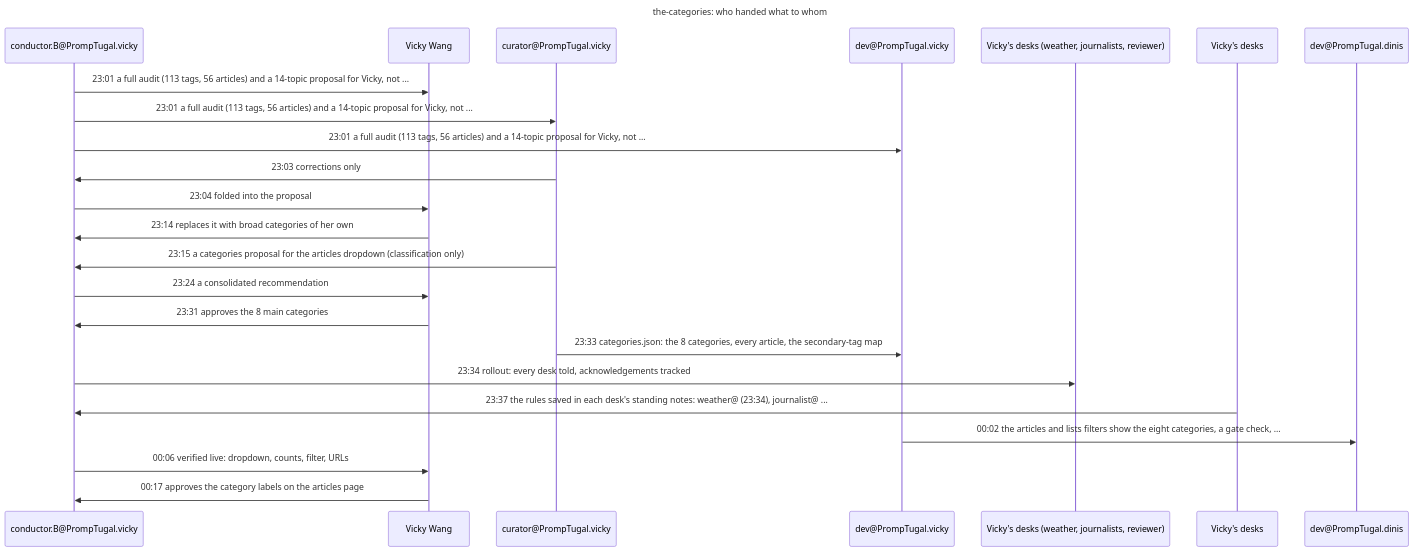
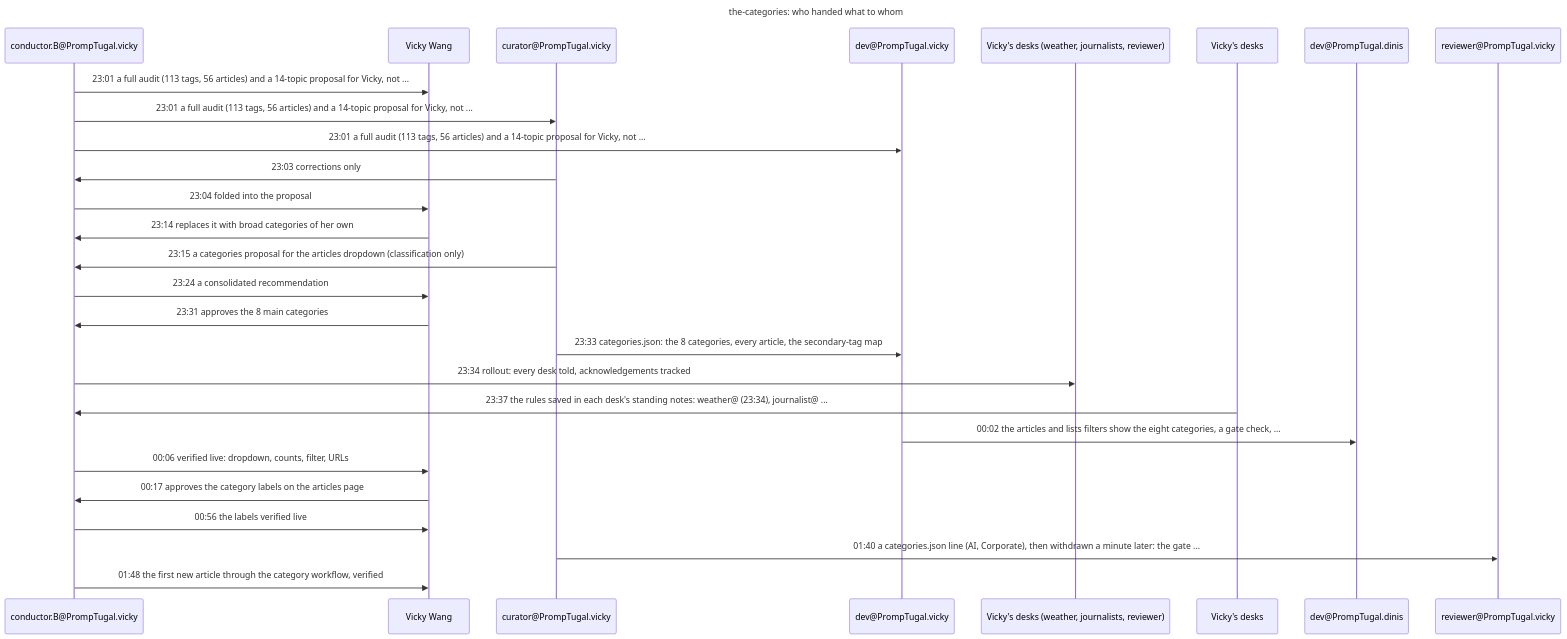
The diagram in board/team/journalist.newsroom/materials/the-categories/the-categories.mmd (PrompTugal/PrompTugal__News__Website), drawn with Mermaid before and after one commit. The commit also changed 24 other files, not shown here.

First line of the commit message:
journalist.newsroom@PrompTugal.dinis: wake 03:58: the storm draft 5, the categories draft 2, the night shift draft 1

```diff
--- a/board/team/journalist.newsroom/materials/the-categories/the-categories.mmd
+++ b/board/team/journalist.newsroom/materials/the-categories/the-categories.mmd
@@ -1,24 +1,28 @@
 sequenceDiagram
   title the-categories: who handed what to whom
   participant A0 as conductor.B@PrompTugal.vicky
   participant A1 as Vicky Wang
   participant A2 as curator@PrompTugal.vicky
   participant A3 as dev@PrompTugal.vicky
   participant A4 as Vicky's desks (weather, journalists, reviewer)
   participant A5 as Vicky's desks
   participant A6 as dev@PrompTugal.dinis
+  participant A7 as reviewer@PrompTugal.vicky
   A0->>A1: 23:01 a full audit (113 tags, 56 articles) and a 14-topic proposal for Vicky, not ...
   A0->>A2: 23:01 a full audit (113 tags, 56 articles) and a 14-topic proposal for Vicky, not ...
   A0->>A3: 23:01 a full audit (113 tags, 56 articles) and a 14-topic proposal for Vicky, not ...
   A2->>A0: 23:03 corrections only
   A0->>A1: 23:04 folded into the proposal
   A1->>A0: 23:14 replaces it with broad categories of her own
   A2->>A0: 23:15 a categories proposal for the articles dropdown (classification only)
   A0->>A1: 23:24 a consolidated recommendation
   A1->>A0: 23:31 approves the 8 main categories
   A2->>A3: 23:33 categories.json: the 8 categories, every article, the secondary-tag map
   A0->>A4: 23:34 rollout: every desk told, acknowledgements tracked
   A5->>A0: 23:37 the rules saved in each desk's standing notes: weather@ (23:34), journalist@ ...
   A3->>A6: 00:02 the articles and lists filters show the eight categories, a gate check, ...
   A0->>A1: 00:06 verified live: dropdown, counts, filter, URLs
   A1->>A0: 00:17 approves the category labels on the articles page
+  A0->>A1: 00:56 the labels verified live
+  A2->>A7: 01:40 a categories.json line (AI, Corporate), then withdrawn a minute later: the gate ...
+  A0->>A1: 01:48 the first new article through the category workflow, verified
```
